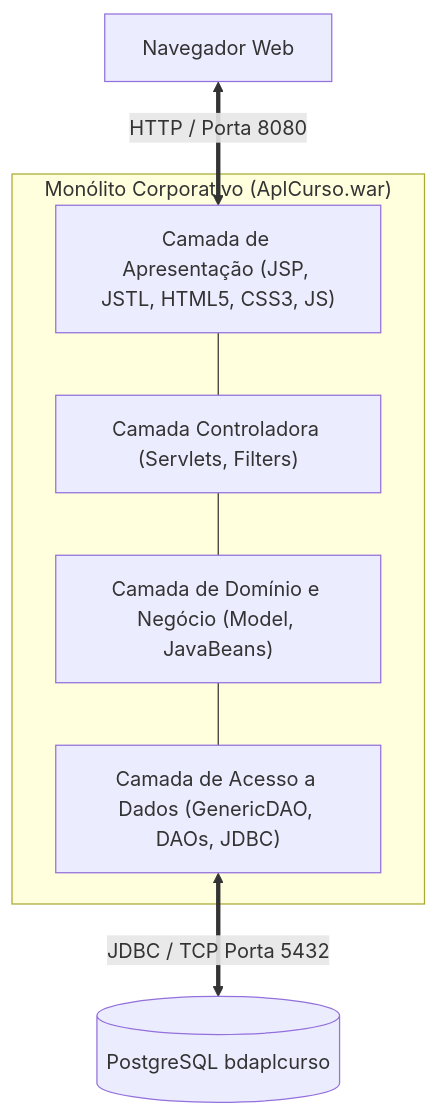
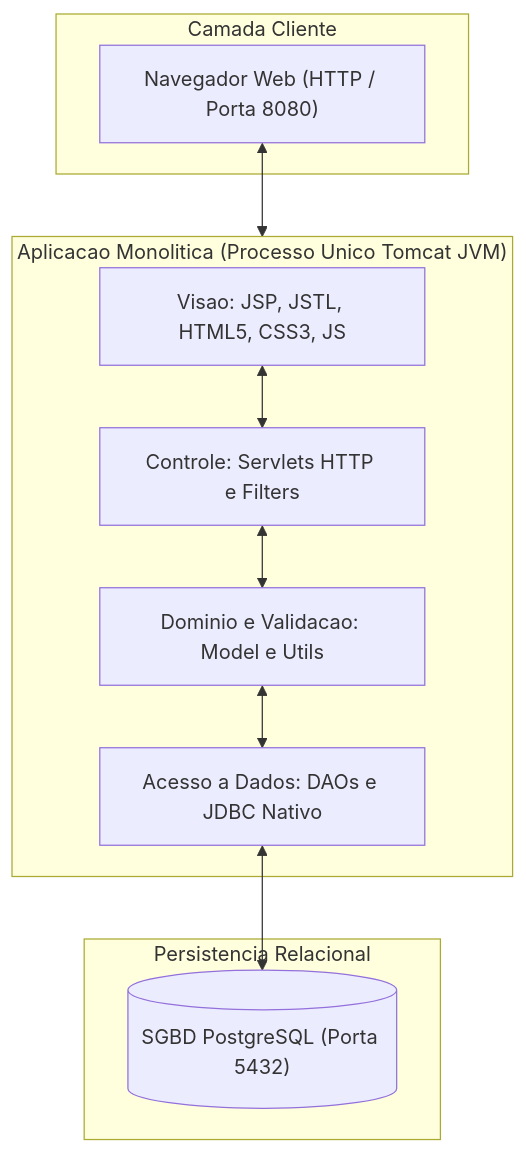
One commit to murilolol/unifef changed the third of 18 diagrams in 3º Semestre/[Prof. Jefferson Passerini] Laboratório de Programação III/Resumos-IA/Simulados-Comentados.md. Above: the diagram before and after it, drawn with Mermaid. The commit also changed other lines of this file and 25 other files, not shown here.

````diff
--- a/3º Semestre/[Prof. Jefferson Passerini] Laboratório de Programação III/Resumos-IA/Simulados-Comentados.md
+++ b/3º Semestre/[Prof. Jefferson Passerini] Laboratório de Programação III/Resumos-IA/Simulados-Comentados.md
@@ -526,14 +159,23 @@
 ```mermaid
 flowchart TD
-  subgraph Monolito["Monólito Corporativo (AplCurso.war)"]
-    Visao["Camada de Apresentação (JSP, JSTL, HTML5, CSS3, JS)"]
-    Controle["Camada Controladora (Servlets, Filters)"]
-    Dominio["Camada de Domínio e Negócio (Model, JavaBeans)"]
-    Persistencia["Camada de Acesso a Dados (GenericDAO, DAOs, JDBC)"]
-    Visao --- Controle
-    Controle --- Dominio
-    Dominio --- Persistencia
-  end
-  Cliente["Navegador Web"] <==>|"HTTP / Porta 8080"| Visao
-  Persistencia <==>|"JDBC / TCP Porta 5432"| SGBD[("PostgreSQL bdaplcurso")]
+    subgraph Cliente["Camada Cliente"]
+        Navegador["Navegador Web (HTTP / Porta 8080)"]
+    end
+
+    subgraph Monolito["Aplicacao Monolitica (Processo Unico Tomcat JVM)"]
+        Apresentacao["Visao: JSP, JSTL, HTML5, CSS3, JS"]
+        Controle["Controle: Servlets HTTP e Filters"]
+        Negocio["Dominio e Validacao: Model e Utils"]
+        Persistencia["Acesso a Dados: DAOs e JDBC Nativo"]
+        Apresentacao <--> Controle
+        Controle <--> Negocio
+        Negocio <--> Persistencia
+    end
+
+    subgraph Armazenamento["Persistencia Relacional"]
+        PostgreSQL[("SGBD PostgreSQL (Porta 5432)")]
+    end
+
+    Navegador <--> Monolito
+    Persistencia <--> PostgreSQL
 ```
````
